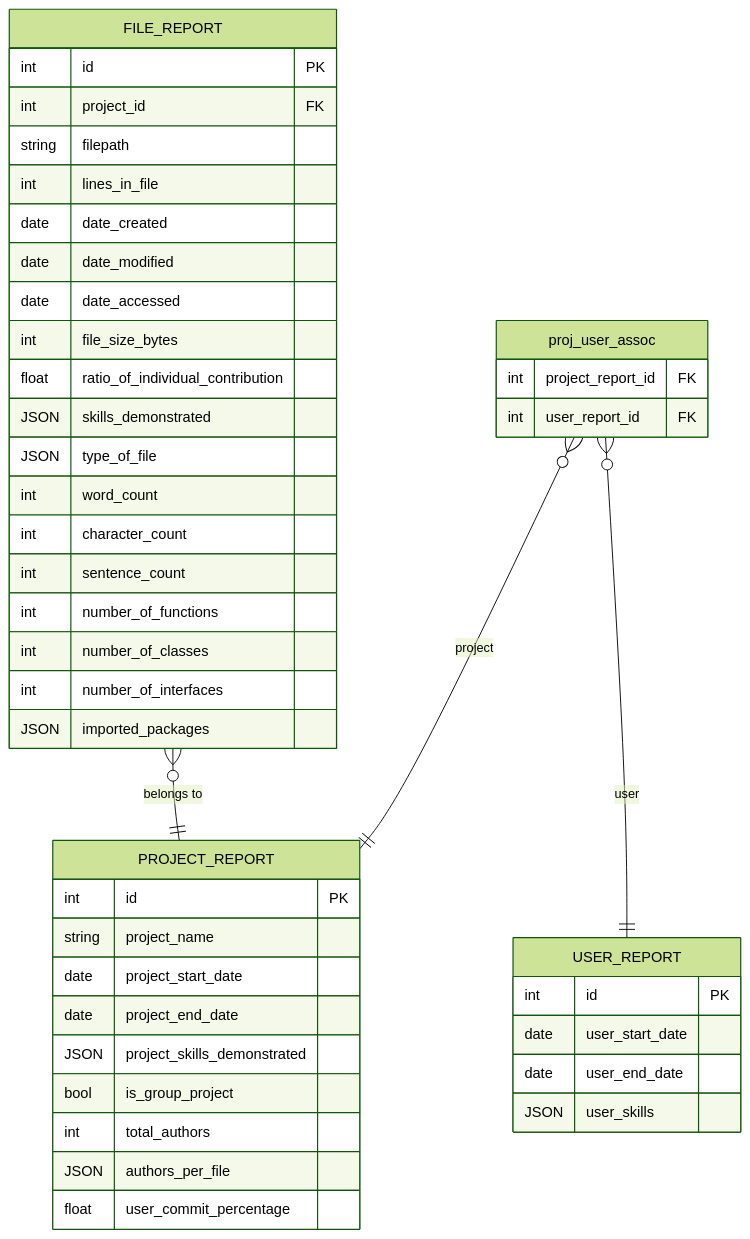
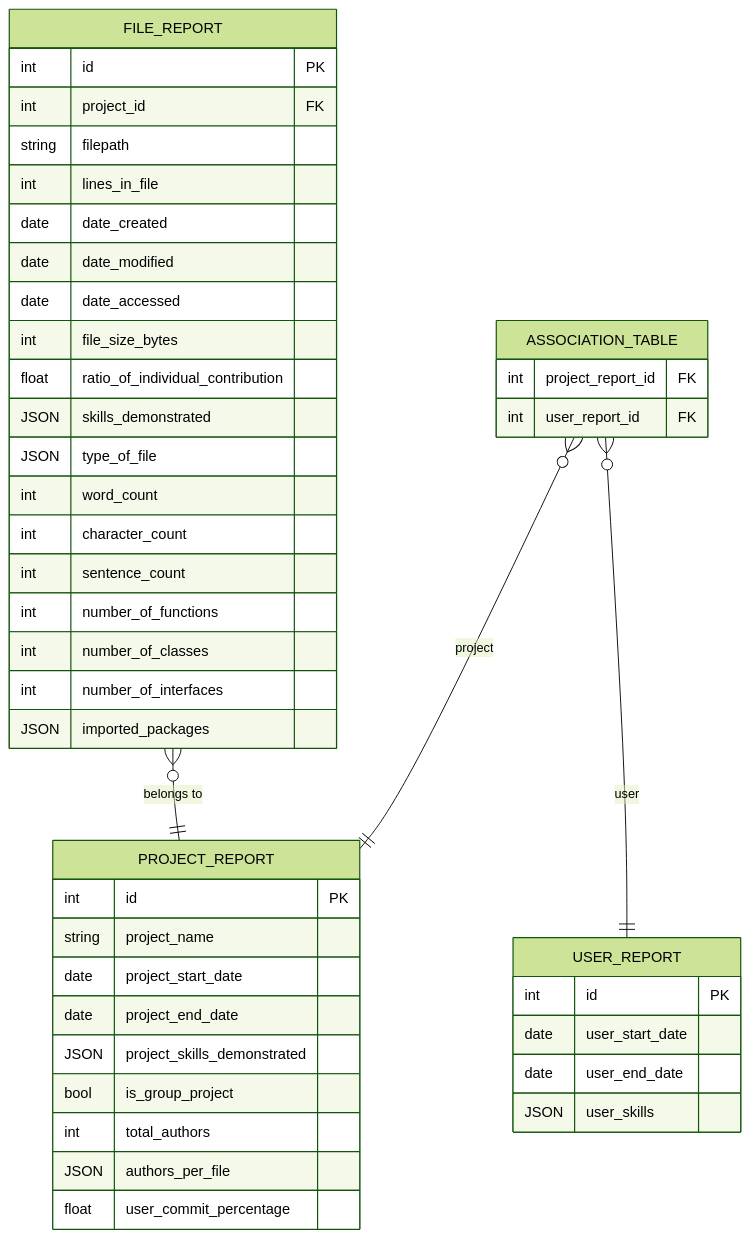
One commit to COSC-499-W2025/capstone-project-team-18 changed the diagram in src/database/README.md. Above: the diagram before and after it, drawn with Mermaid (forest theme). The commit also changed other lines of this file and 25 other files, not shown here.

````diff
--- a/src/database/README.md
+++ b/src/database/README.md
@@ -40,53 +40,53 @@
 ``` mermaid
 erDiagram
 
     FILE_REPORT {
         int id PK
         int project_id FK
         string filepath
         int lines_in_file
         date date_created
         date date_modified
         date date_accessed
         int file_size_bytes
         float ratio_of_individual_contribution
         JSON skills_demonstrated
         JSON type_of_file
         int word_count
         int character_count
         int sentence_count
         int number_of_functions
         int number_of_classes
         int number_of_interfaces
         JSON imported_packages
     }
 
     PROJECT_REPORT {
         int id PK
         string project_name
         date project_start_date
         date project_end_date
         JSON project_skills_demonstrated
         bool is_group_project
         int total_authors
         JSON authors_per_file
         float user_commit_percentage
     }
 
     USER_REPORT {
         int id PK
         date user_start_date
         date user_end_date
         JSON user_skills
     }
 
-    proj_user_assoc {
+    ASSOCIATION_TABLE {
         int project_report_id FK
         int user_report_id FK
     }
 
     %% Relationships
     FILE_REPORT }o--|| PROJECT_REPORT : "belongs to"
-    proj_user_assoc }o--|| PROJECT_REPORT : "project"
-    proj_user_assoc }o--|| USER_REPORT : "user"
+    ASSOCIATION_TABLE }o--|| PROJECT_REPORT : "project"
+    ASSOCIATION_TABLE }o--|| USER_REPORT : "user"
 ```
````
